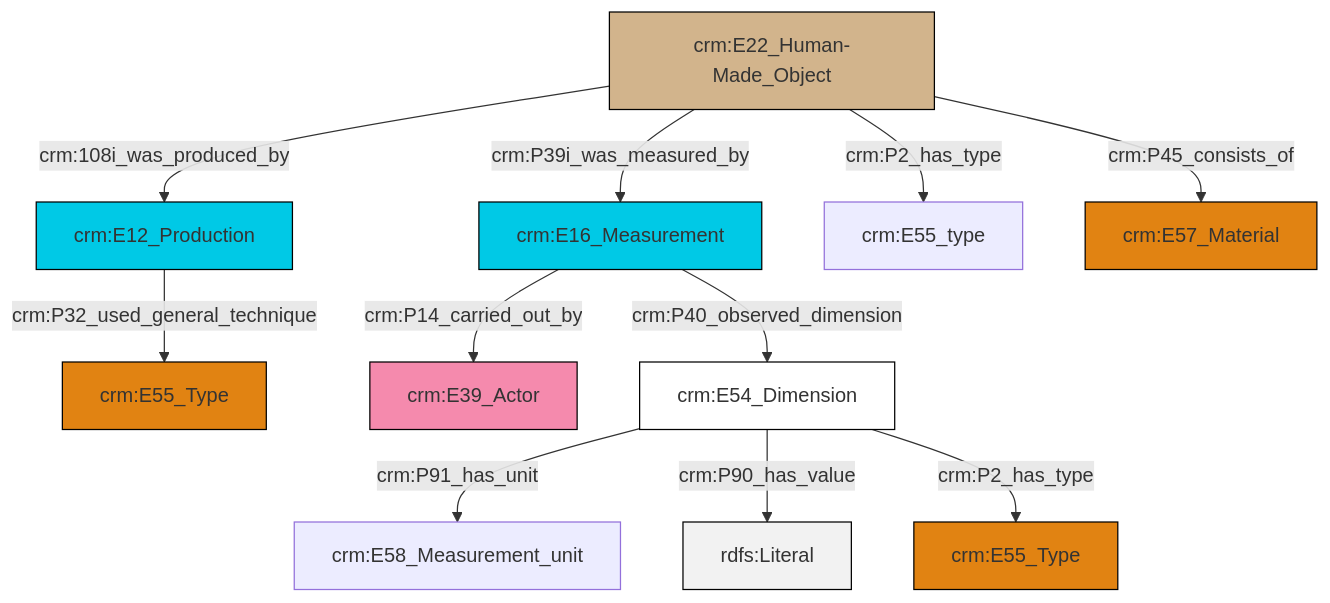
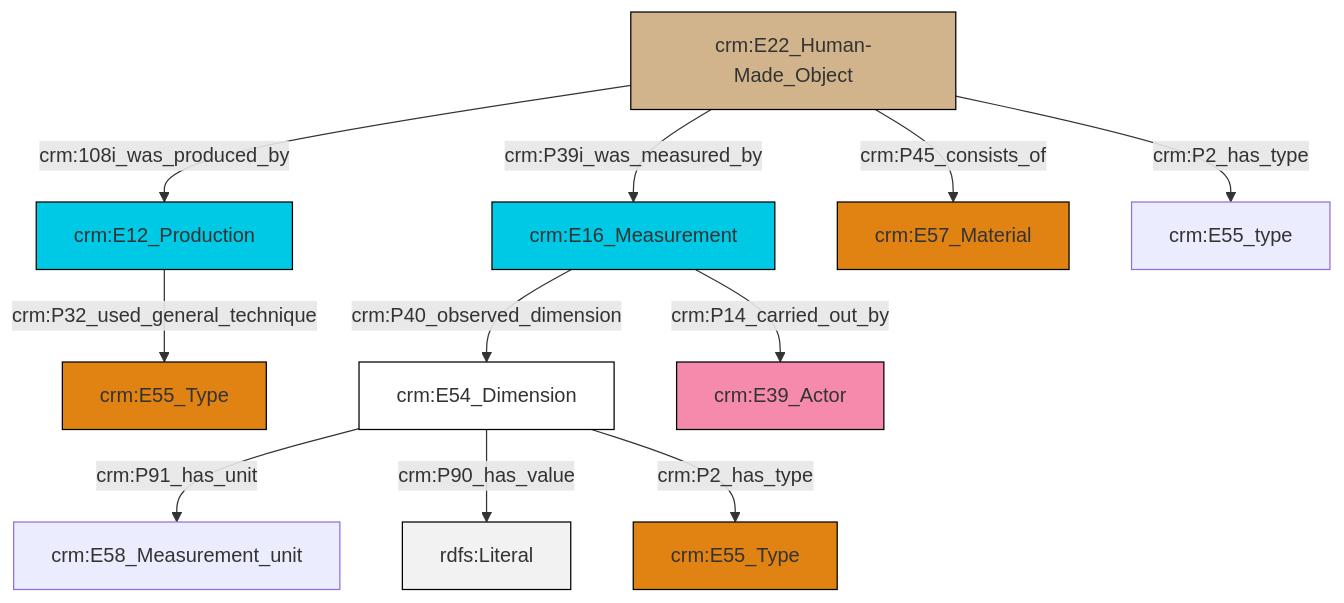
One commit to swiss-art-research-net/docs.swissartresearch changed the diagram in et/artworkCSV/ttl/mmd/Artwork_substance.ttl.mmd. Above: the diagram before and after it, drawn with Mermaid. The commit also changed 180 other files, not shown here.

```diff
--- a/et/artworkCSV/ttl/mmd/Artwork_substance.ttl.mmd
+++ b/et/artworkCSV/ttl/mmd/Artwork_substance.ttl.mmd
@@ -1,25 +1,25 @@
 graph TD
 classDef Literal fill:#f2f2f2,stroke:#000000;
 classDef CRM_Entity fill:#FFFFFF,stroke:#000000;
 classDef Temporal_Entity fill:#00C9E6, stroke:#000000;
 classDef Type fill:#E18312, stroke:#000000;
 classDef Time-Span fill:#2C9C91, stroke:#000000;
 classDef Appellation fill:#FFEB7F, stroke:#000000;
 classDef Place fill:#008836, stroke:#000000;
 classDef Persistent_Item fill:#B266B2, stroke:#000000;
 classDef Conceptual_Object fill:#FFD700, stroke:#000000;
 classDef Physical_Thing fill:#D2B48C, stroke:#000000;
 classDef Actor fill:#f58aad, stroke:#000000;
 classDef PC_Classes fill:#4ce600, stroke:#000000;
 classDef Multi fill:#cccccc,stroke:#000000;
 
 0["crm:E12_Production"]:::Temporal_Entity -->|crm:P32_used_general_technique| 1["crm:E55_Type"]:::Type
-2["crm:E22_Human-Made_Object"]:::Physical_Thing -->|crm:P39i_was_measured_by| 3["crm:E16_Measurement"]:::Temporal_Entity
-2["crm:E22_Human-Made_Object"]:::Physical_Thing -->|crm:108i_was_produced_by| 0["crm:E12_Production"]:::Temporal_Entity
-3["crm:E16_Measurement"]:::Temporal_Entity -->|crm:P14_carried_out_by| 4["crm:E39_Actor"]:::Actor
-8["crm:E54_Dimension"]:::CRM_Entity -->|crm:P91_has_unit| 9["crm:E58_Measurement_unit"]:::Default
-8["crm:E54_Dimension"]:::CRM_Entity -->|crm:P90_has_value| 10[rdfs:Literal]:::Literal
-8["crm:E54_Dimension"]:::CRM_Entity -->|crm:P2_has_type| 11["crm:E55_Type"]:::Type
-2["crm:E22_Human-Made_Object"]:::Physical_Thing -->|crm:P2_has_type| 6["crm:E55_type"]:::Default
-3["crm:E16_Measurement"]:::Temporal_Entity -->|crm:P40_observed_dimension| 8["crm:E54_Dimension"]:::CRM_Entity
-2["crm:E22_Human-Made_Object"]:::Physical_Thing -->|crm:P45_consists_of| 16["crm:E57_Material"]:::Type
+4["crm:E22_Human-Made_Object"]:::Physical_Thing -->|crm:108i_was_produced_by| 0["crm:E12_Production"]:::Temporal_Entity
+4["crm:E22_Human-Made_Object"]:::Physical_Thing -->|crm:P39i_was_measured_by| 7["crm:E16_Measurement"]:::Temporal_Entity
+8["crm:E54_Dimension"]:::CRM_Entity -->|crm:P91_has_unit| 2["crm:E58_Measurement_unit"]:::Default
+7["crm:E16_Measurement"]:::Temporal_Entity -->|crm:P40_observed_dimension| 8["crm:E54_Dimension"]:::CRM_Entity
+4["crm:E22_Human-Made_Object"]:::Physical_Thing -->|crm:P45_consists_of| 11["crm:E57_Material"]:::Type
+8["crm:E54_Dimension"]:::CRM_Entity -->|crm:P90_has_value| 12[rdfs:Literal]:::Literal
+8["crm:E54_Dimension"]:::CRM_Entity -->|crm:P2_has_type| 13["crm:E55_Type"]:::Type
+7["crm:E16_Measurement"]:::Temporal_Entity -->|crm:P14_carried_out_by| 16["crm:E39_Actor"]:::Actor
+4["crm:E22_Human-Made_Object"]:::Physical_Thing -->|crm:P2_has_type| 17["crm:E55_type"]:::Default
```
